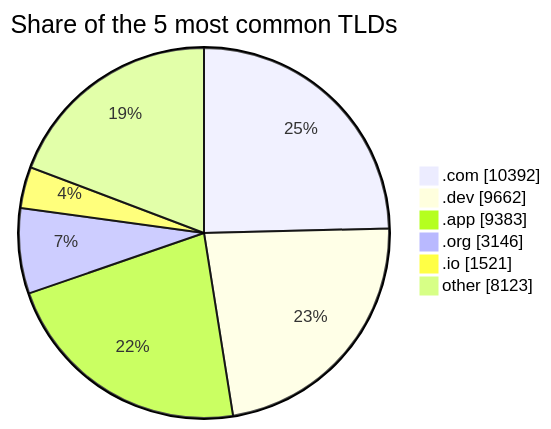
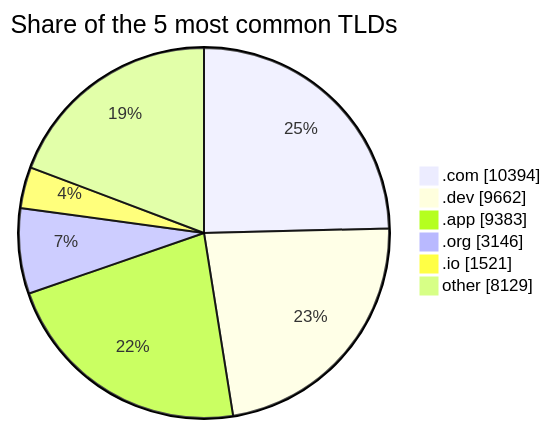
Before and after one commit to DNSBunker/CTI: the third of 3 diagrams in README.md, drawn with Mermaid. The commit also changed other lines of this file and 3 other files, not shown here.

````diff
--- a/README.md
+++ b/README.md
@@ -81,9 +81,9 @@
 ```mermaid
 pie showData title Share of the 5 most common TLDs
-    ".com" : 10392
+    ".com" : 10394
     ".dev" : 9662
     ".app" : 9383
     ".org" : 3146
     ".io" : 1521
-    "other" : 8123
+    "other" : 8129
 ```
````
